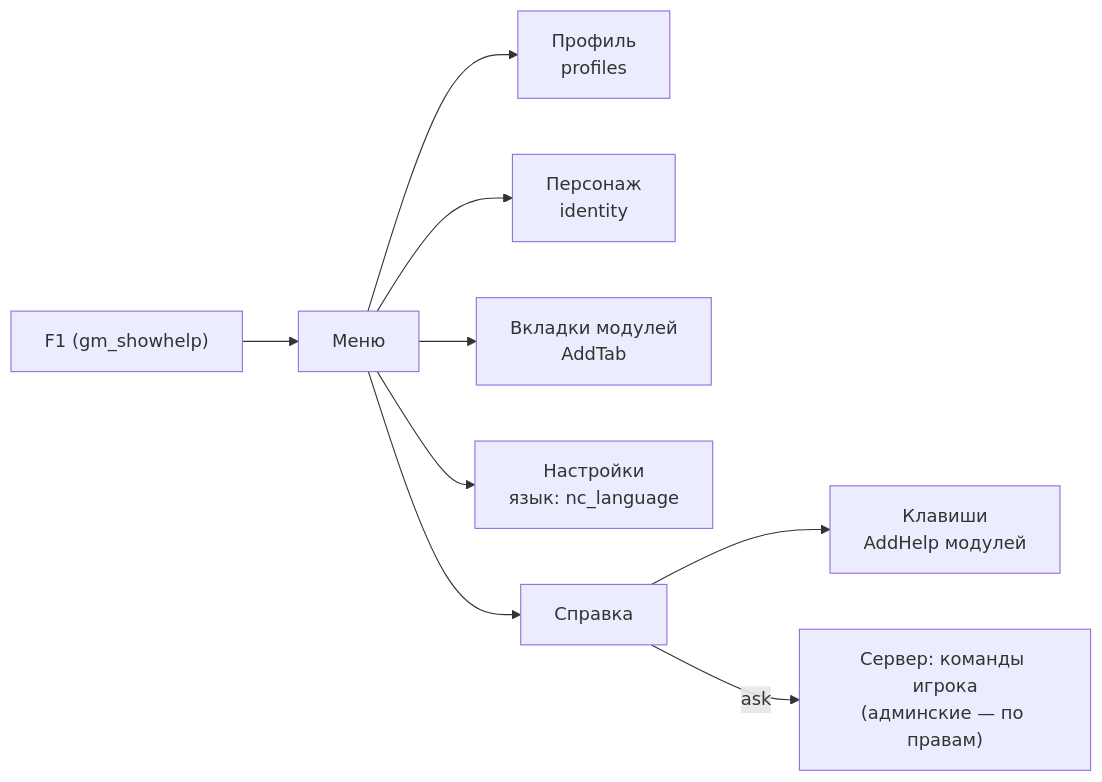
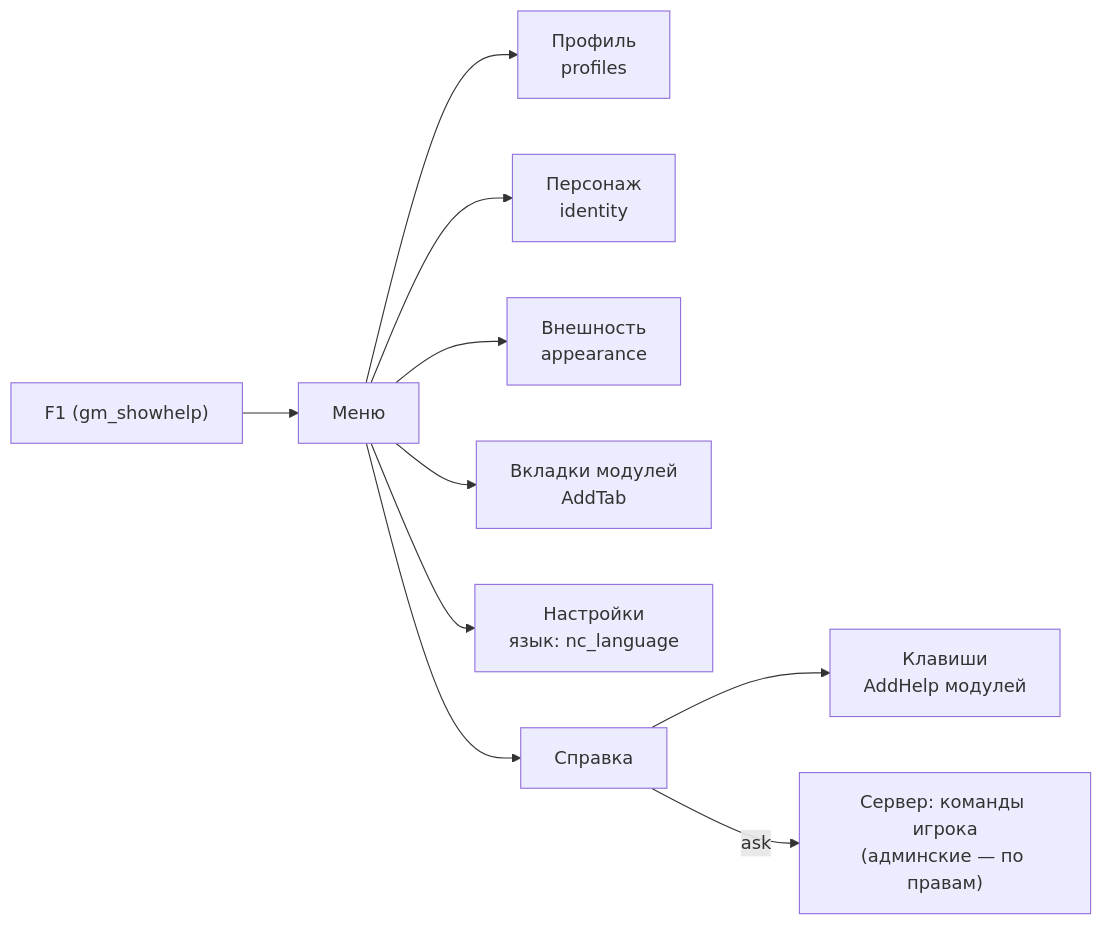
The diagram in gamemodes/nextcity/gamemode/modules/menu/README.md (vovawees/Next-City), drawn with Mermaid before and after one commit. The commit also changed other lines of this file and 36 other files, not shown here.

````diff
--- a/gamemodes/nextcity/gamemode/modules/menu/README.md
+++ b/gamemodes/nextcity/gamemode/modules/menu/README.md
@@ -13,11 +13,12 @@
 ```mermaid
 flowchart LR
 	F1["F1 (gm_showhelp)"] --> M["Меню"]
 	M --> P["Профиль<br/>profiles"]
 	M --> I["Персонаж<br/>identity"]
+	M --> A["Внешность<br/>appearance"]
 	M --> X["Вкладки модулей<br/>AddTab"]
 	M --> S["Настройки<br/>язык: nc_language"]
 	M --> H["Справка"]
 	H --> K["Клавиши<br/>AddHelp модулей"]
 	H -->|"ask"| SV["Сервер: команды игрока<br/>(админские — по правам)"]
 ```
````
